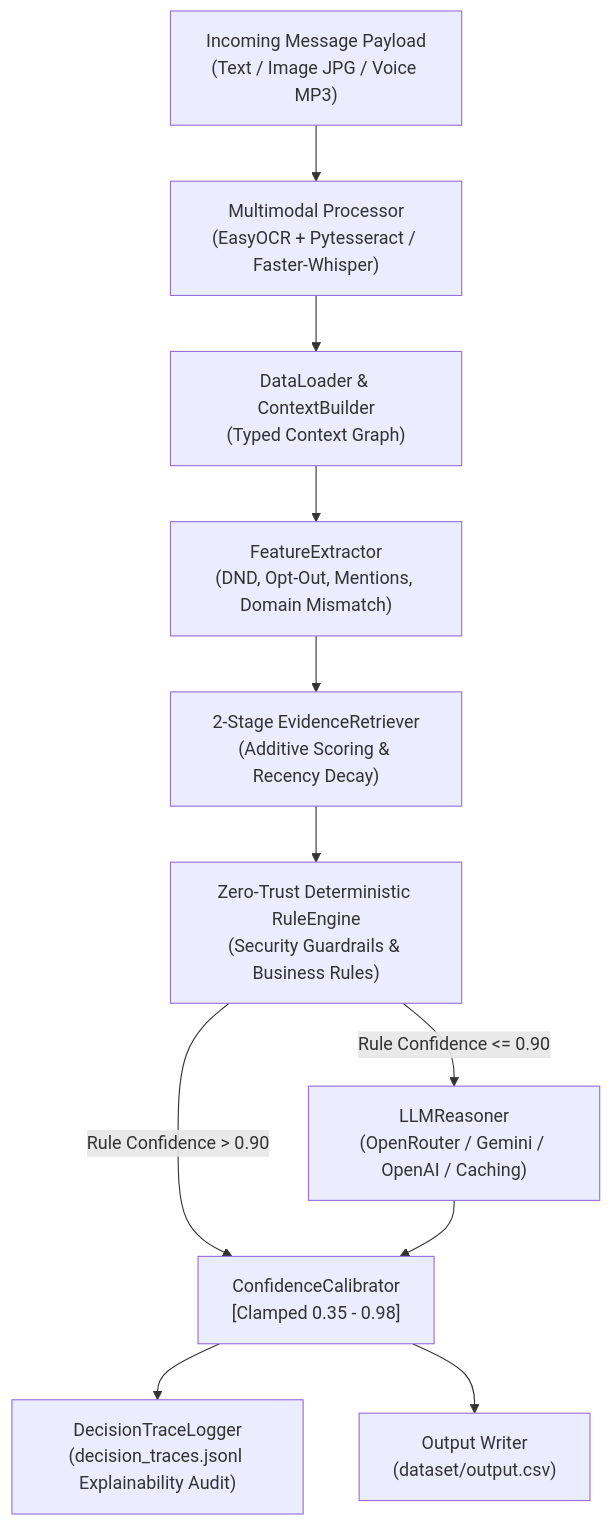
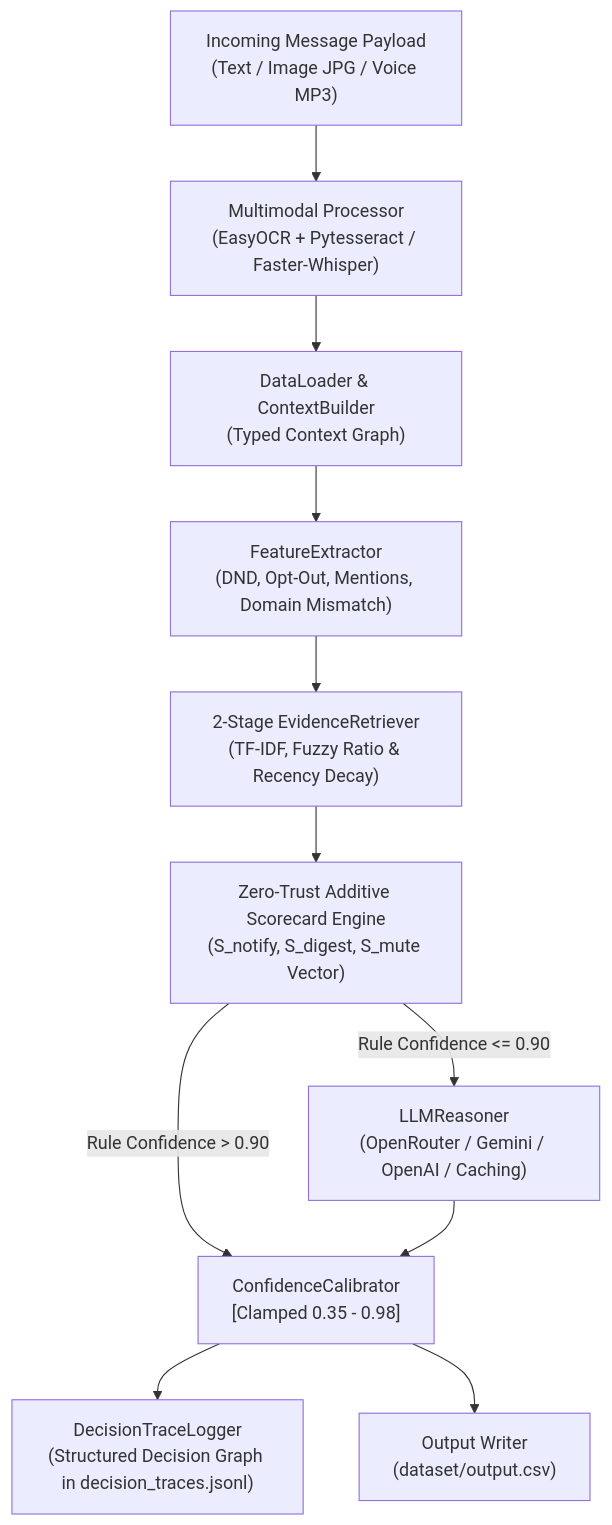
Before and after one commit to rshamith777-cpu/messagepilot-ai: the diagram in hackerrank-orchestrate-august26-main/README.md, drawn with Mermaid. The commit also changed other lines of this file, not shown here.

````diff
--- a/hackerrank-orchestrate-august26-main/README.md
+++ b/hackerrank-orchestrate-august26-main/README.md
@@ -48,15 +54,15 @@
 ```mermaid
 flowchart TD
     A["Incoming Message Payload<br/>(Text / Image JPG / Voice MP3)"] --> B["Multimodal Processor<br/>(EasyOCR + Pytesseract / Faster-Whisper)"]
     B --> C["DataLoader & ContextBuilder<br/>(Typed Context Graph)"]
     C --> D["FeatureExtractor<br/>(DND, Opt-Out, Mentions, Domain Mismatch)"]
-    D --> E["2-Stage EvidenceRetriever<br/>(Additive Scoring & Recency Decay)"]
-    E --> F["Zero-Trust Deterministic RuleEngine<br/>(Security Guardrails & Business Rules)"]
+    D --> E["2-Stage EvidenceRetriever<br/>(TF-IDF, Fuzzy Ratio & Recency Decay)"]
+    E --> F["Zero-Trust Additive Scorecard Engine<br/>(S_notify, S_digest, S_mute Vector)"]
     
     F -->|Rule Confidence > 0.90| H["ConfidenceCalibrator<br/>[Clamped 0.35 - 0.98]"]
     F -->|Rule Confidence <= 0.90| G["LLMReasoner<br/>(OpenRouter / Gemini / OpenAI / Caching)"]
     G --> H
     
-    H --> I["DecisionTraceLogger<br/>(decision_traces.jsonl Explainability Audit)"]
+    H --> I["DecisionTraceLogger<br/>(Structured Decision Graph in decision_traces.jsonl)"]
     H --> J["Output Writer<br/>(dataset/output.csv)"]
 ```
````
